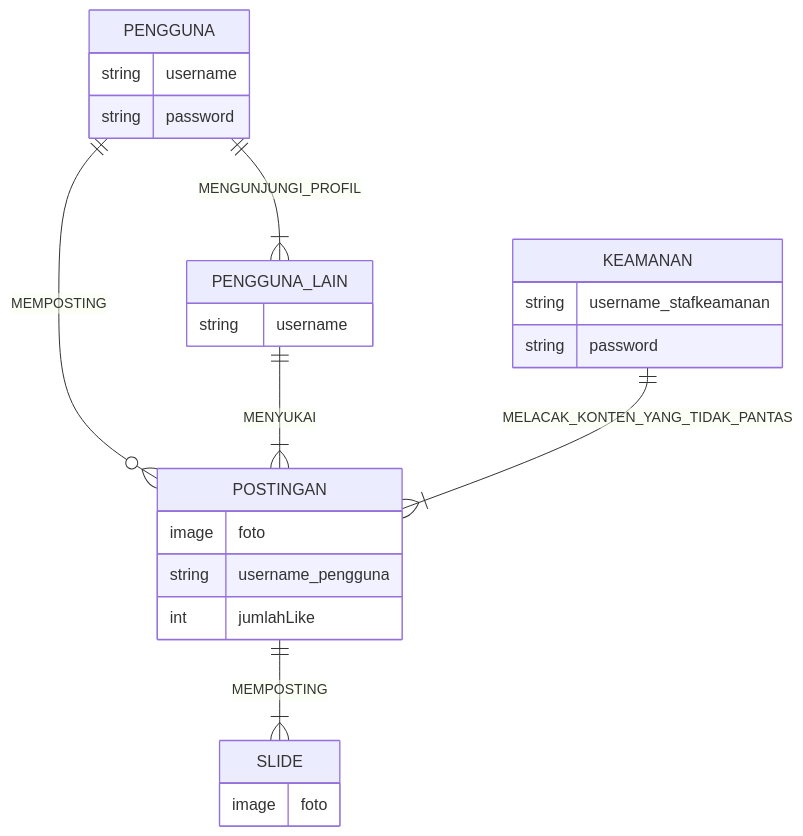
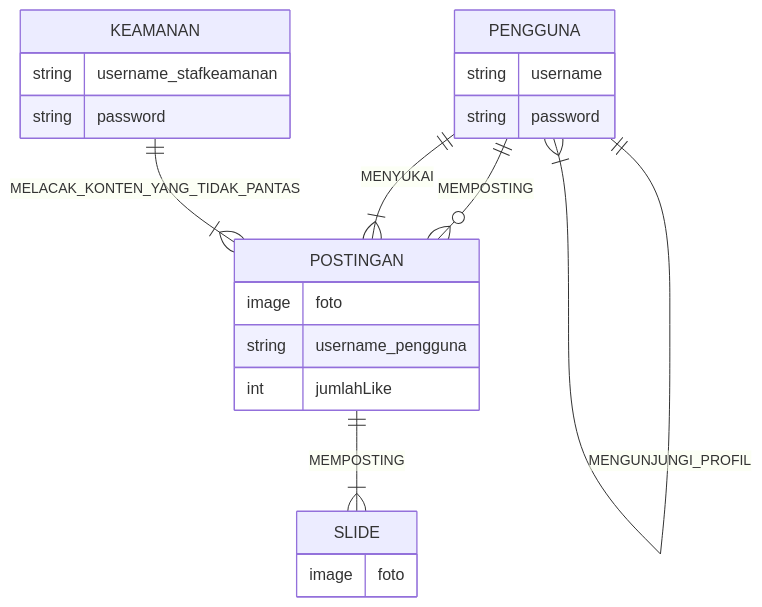
One commit to naabilahkarim/UTS-IF-NABILAHKARIM changed the first of 2 diagrams in uts.md. Above: the diagram before and after it, drawn with Mermaid.

````diff
--- a/uts.md
+++ b/uts.md
@@ -53,33 +53,29 @@
 ```mermaid
 erDiagram
     PENGGUNA ||--o{ POSTINGAN : MEMPOSTING
     PENGGUNA {
       string username
       string password
     }
 
-    PENGGUNA_LAIN ||--|{ POSTINGAN : MENYUKAI
-    PENGGUNA_LAIN {
-      string username
-
-    }
+    PENGGUNA||--|{ POSTINGAN : MENYUKAI
 
     POSTINGAN {
       image foto
       string username_pengguna
       int jumlahLike
     }
-    PENGGUNA ||--|{ PENGGUNA_LAIN : MENGUNJUNGI_PROFIL
+    PENGGUNA ||--|{ PENGGUNA : MENGUNJUNGI_PROFIL
     POSTINGAN ||--|{ SLIDE : MEMPOSTING
     SLIDE{
         image foto
     }
 
     KEAMANAN{
         string username_stafkeamanan
         string password
     }
 
     KEAMANAN ||--|{POSTINGAN : MELACAK_KONTEN_YANG_TIDAK_PANTAS
      
 ```
````
